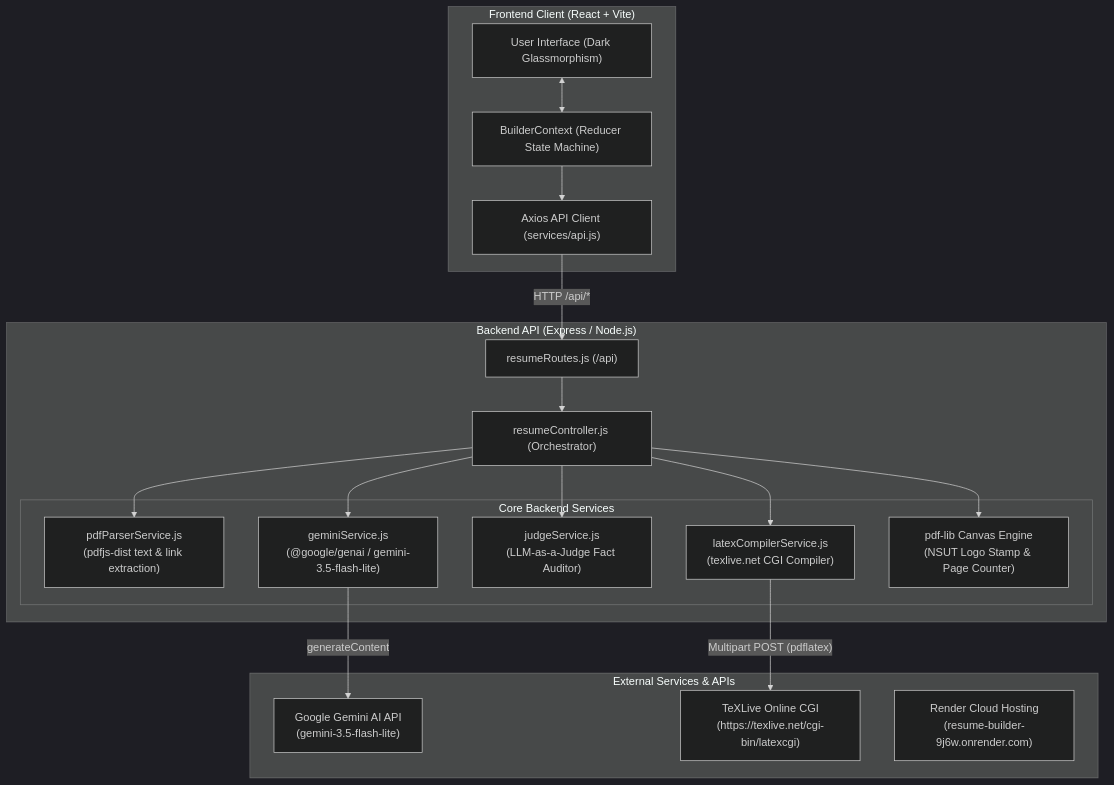
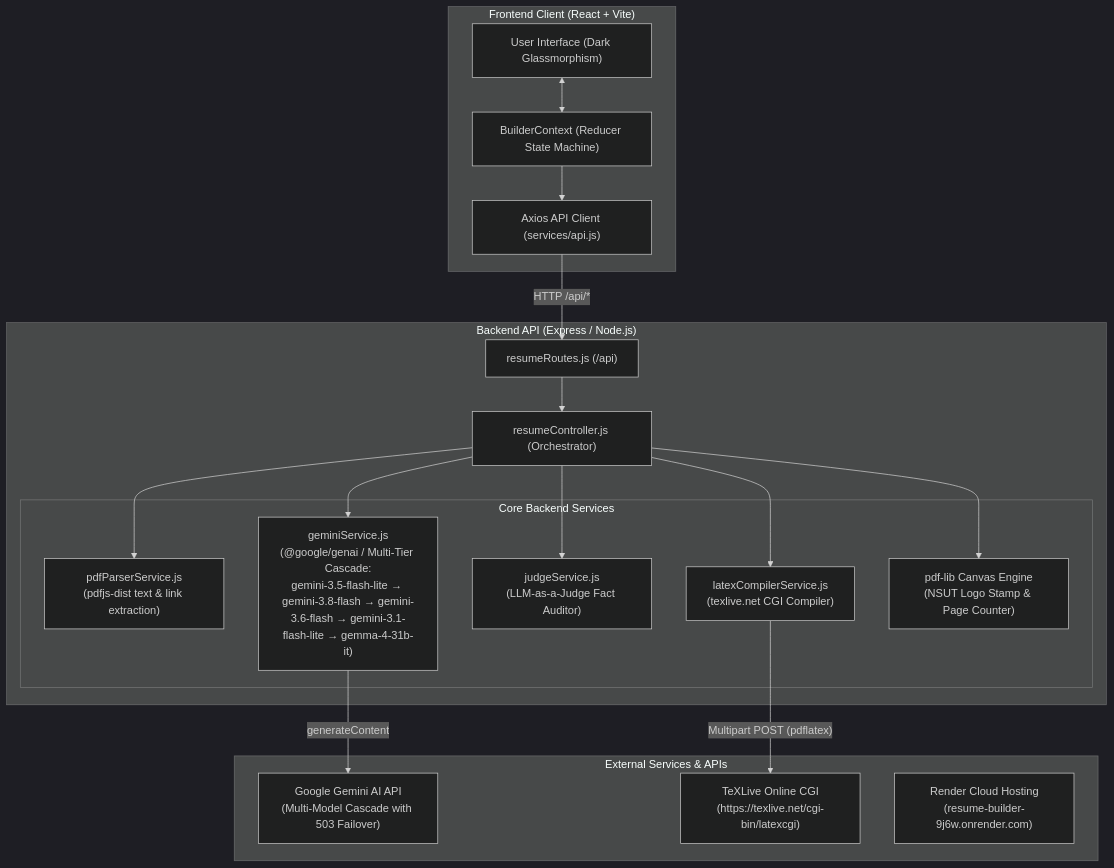
The first of 7 diagrams in KNOWLEDGE_GRAPH.md (tanyaguptaaaa29/resume-builder), drawn with Mermaid (dark theme) before and after one commit. The commit also changed other lines of this file and 4 other files, not shown here.

Commit message:
feat: implement multi-tier fallback cascade across Gemini 3.8/3.6/3.1 and Gemma 4 for 503 resiliency

````diff
--- a/KNOWLEDGE_GRAPH.md
+++ b/KNOWLEDGE_GRAPH.md
@@ -14,42 +14,42 @@
 ```mermaid
 graph TD
     subgraph Client["Frontend Client (React + Vite)"]
         UI["User Interface (Dark Glassmorphism)"]
         CTX["BuilderContext (Reducer State Machine)"]
         API_CLIENT["Axios API Client (services/api.js)"]
         
         UI <--> CTX
         CTX --> API_CLIENT
     end
 
     subgraph Server["Backend API (Express / Node.js)"]
         ROUTER["resumeRoutes.js (/api)"]
         CTRL["resumeController.js (Orchestrator)"]
         
         ROUTER --> CTRL
         
         subgraph Services["Core Backend Services"]
             PDF_PARSER["pdfParserService.js\n(pdfjs-dist text & link extraction)"]
-            GEMINI["geminiService.js\n(@google/genai / gemini-3.5-flash-lite)"]
+            GEMINI["geminiService.js\n(@google/genai / Multi-Tier Cascade:\ngemini-3.5-flash-lite → gemini-3.8-flash → gemini-3.6-flash → gemini-3.1-flash-lite → gemma-4-31b-it)"]
             JUDGE["judgeService.js\n(LLM-as-a-Judge Fact Auditor)"]
             LATEX_COMPILER["latexCompilerService.js\n(texlive.net CGI Compiler)"]
             PDF_LIB["pdf-lib Canvas Engine\n(NSUT Logo Stamp & Page Counter)"]
         end
 
         CTRL --> PDF_PARSER
         CTRL --> GEMINI
         CTRL --> JUDGE
         CTRL --> LATEX_COMPILER
         CTRL --> PDF_LIB
     end
 
     subgraph External["External Services & APIs"]
-        GEMINI_API["Google Gemini AI API\n(gemini-3.5-flash-lite)"]
+        GEMINI_API["Google Gemini AI API\n(Multi-Model Cascade with 503 Failover)"]
         TEXLIVE_API["TeXLive Online CGI\n(https://texlive.net/cgi-bin/latexcgi)"]
         RENDER["Render Cloud Hosting\n(resume-builder-9j6w.onrender.com)"]
     end
 
     API_CLIENT -- "HTTP /api/*" --> ROUTER
     GEMINI -- "generateContent" --> GEMINI_API
     LATEX_COMPILER -- "Multipart POST (pdflatex)" --> TEXLIVE_API
 ```
````
